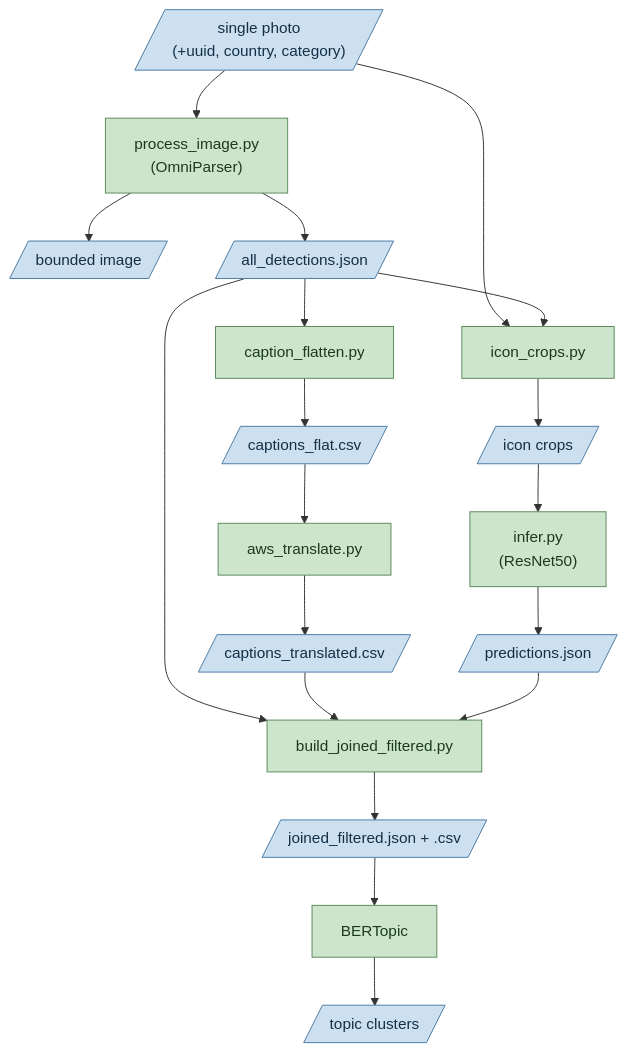
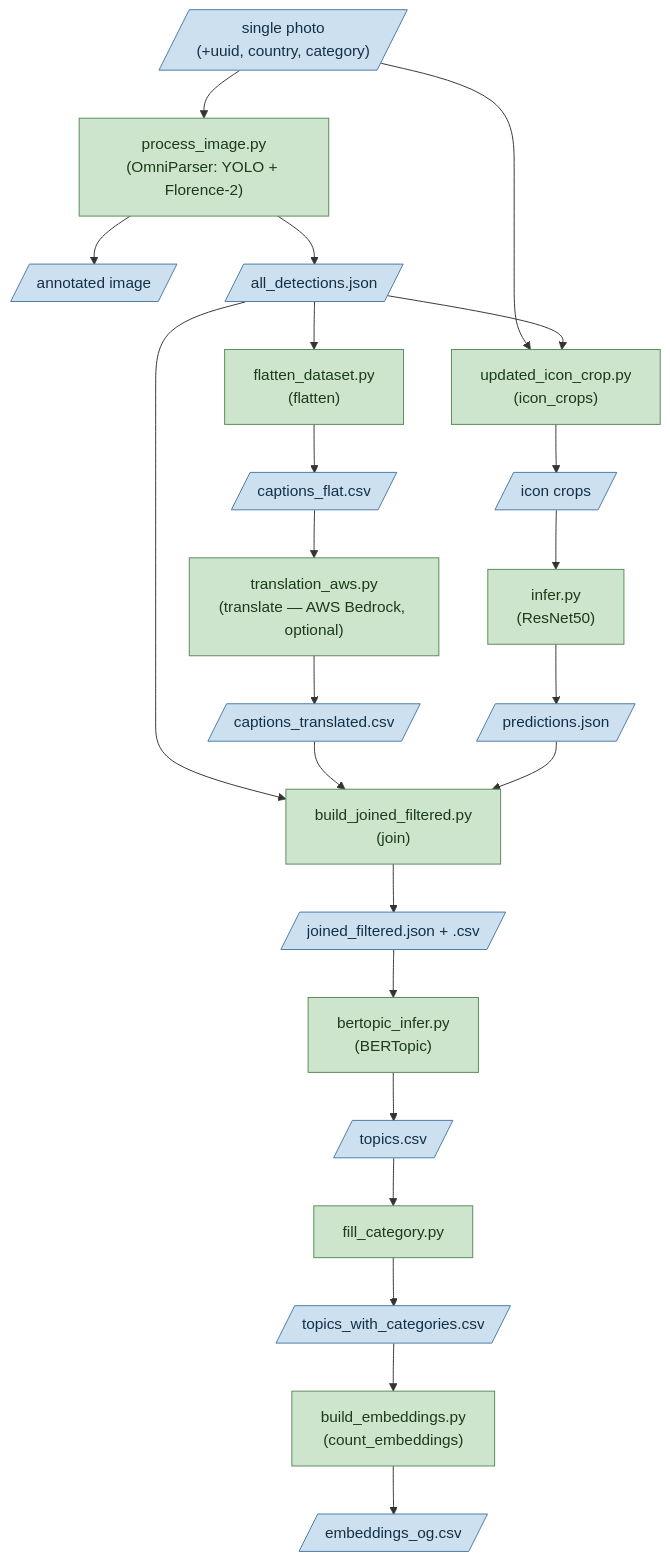
The diagram in README.md (Esha-Gore/infographic_model), drawn with Mermaid before and after one commit. The commit also changed other lines of this file and 8 other files, not shown here.

````diff
--- a/README.md
+++ b/README.md
@@ -5,29 +5,33 @@
 ```mermaid
 flowchart TD
     C[/"single photo<br/>(+uuid, country, category)"/] --> P
-    P["process_image.py<br/>(OmniParser)"] --> BI[/"bounded image"/]
+    P["process_image.py<br/>(OmniParser: YOLO + Florence-2)"] --> BI[/"annotated image"/]
     P --> AD[/"all_detections.json"/]
 
-    AD --> CR["icon_crops.py"]
+    AD --> CR["updated_icon_crop.py<br/>(icon_crops)"]
     C --> CR
     CR --> CROPS[/"icon crops"/]
     CROPS --> RN["infer.py<br/>(ResNet50)"]
     RN --> PRED[/"predictions.json"/]
 
-    AD --> CF["caption_flatten.py"]
+    AD --> CF["flatten_dataset.py<br/>(flatten)"]
     CF --> FLAT[/"captions_flat.csv"/]
-    FLAT --> AWS["aws_translate.py"]
+    FLAT --> AWS["translation_aws.py<br/>(translate — AWS Bedrock, optional)"]
     AWS --> TRANS[/"captions_translated.csv"/]
 
-    PRED --> BJ["build_joined_filtered.py"]
+    PRED --> BJ["build_joined_filtered.py<br/>(join)"]
     TRANS --> BJ
     AD --> BJ
     BJ --> JF[/"joined_filtered.json + .csv"/]
-    JF --> BT["BERTopic"]
-    BT --> TOPICS[/"topic clusters"/]
+    JF --> BT["bertopic_infer.py<br/>(BERTopic)"]
+    BT --> TOP[/"topics.csv"/]
+    TOP --> FC["fill_category.py"]
+    FC --> TWC[/"topics_with_categories.csv"/]
+    TWC --> CE["build_embeddings.py<br/>(count_embeddings)"]
+    CE --> EMB[/"embeddings_og.csv"/]
 
     classDef script fill:#cce5cc,stroke:#5a8a5a,color:#1b3b1b;
     classDef data fill:#cce0f0,stroke:#4a7aa5,color:#143047;
-    class P,CR,RN,CF,AWS,BJ,BT script;
-    class C,BI,AD,CROPS,PRED,FLAT,TRANS,JF,TOPICS data;
+    class P,CR,RN,CF,AWS,BJ,BT,FC,CE script;
+    class C,BI,AD,CROPS,PRED,FLAT,TRANS,JF,TOP,TWC,EMB data;
 ```
````
